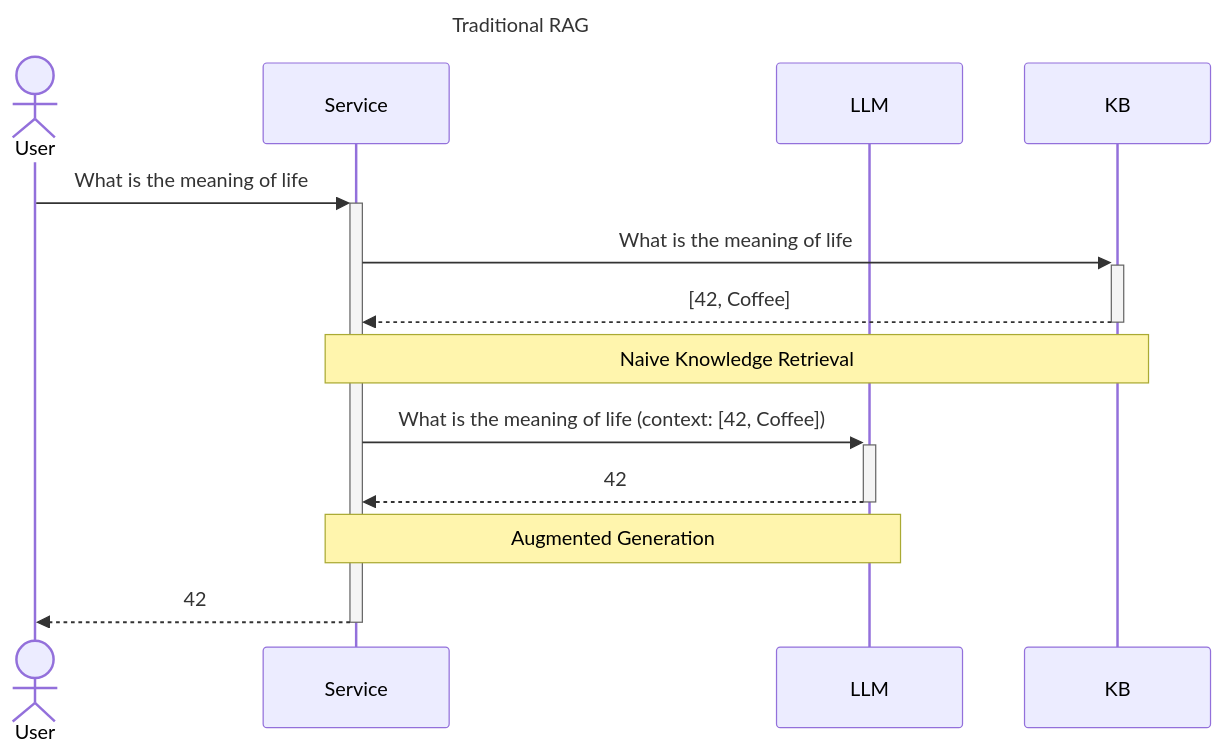
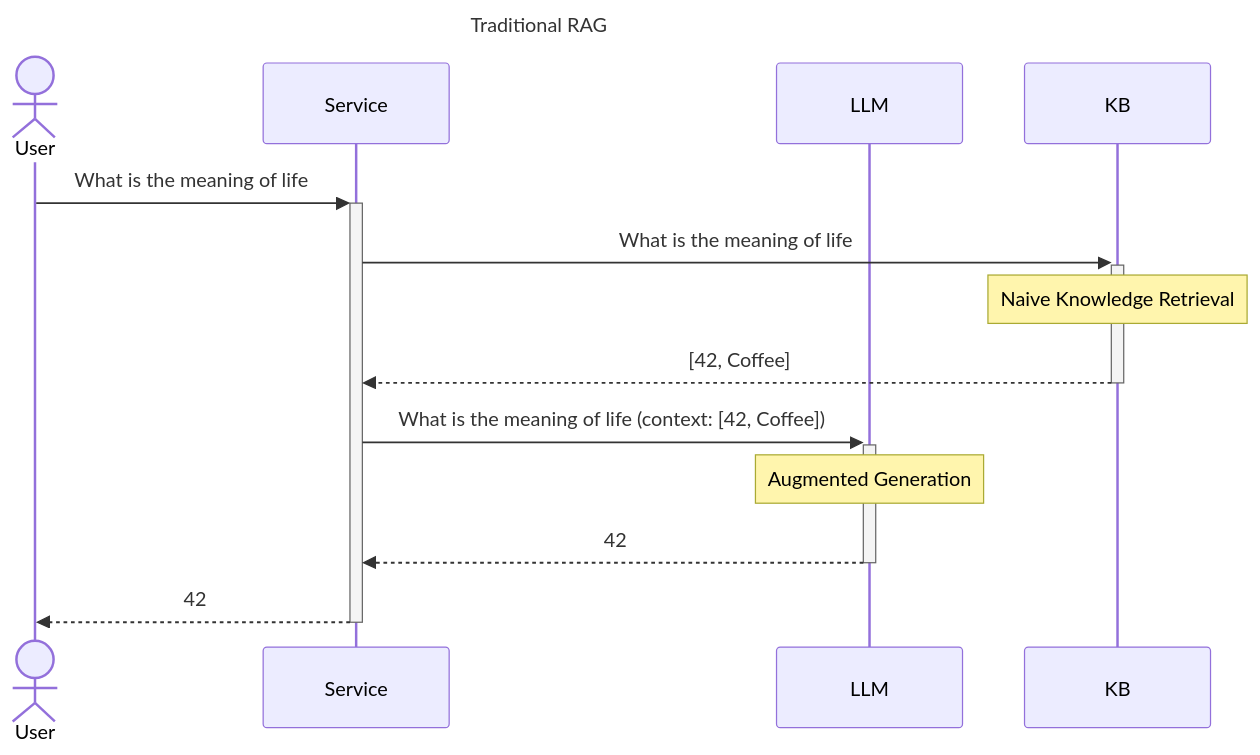
The first of 2 diagrams in blog/2024-03-06-rag-tool-vercel-gen-ai/index.mdx (DewyKB/DewyKB.github.io), drawn with Mermaid before and after one commit. The commit also changed other lines of this file and 3 other files, not shown here.

````diff
--- a/blog/2024-03-06-rag-tool-vercel-gen-ai/index.mdx
+++ b/blog/2024-03-06-rag-tool-vercel-gen-ai/index.mdx
@@ -31,18 +31,18 @@
 ```mermaid
 sequenceDiagram title Traditional RAG
     actor User
     participant Service
     participant LLM
     participant KB
 
     User->>+Service: What is the meaning of life
     Service->>+KB: What is the meaning of life
+    Note over KB: Naive Knowledge Retrieval
     KB-->>-Service: [42, Coffee]
-    Note over Service,KB: Naive Knowledge Retrieval
 
     Service->>+LLM: What is the meaning of life (context: [42, Coffee])
+    Note over LLM: Augmented Generation
     LLM-->>-Service: 42
-    Note over Service,LLM: Augmented Generation
 
     Service-->>-User: 42
 ```
````
